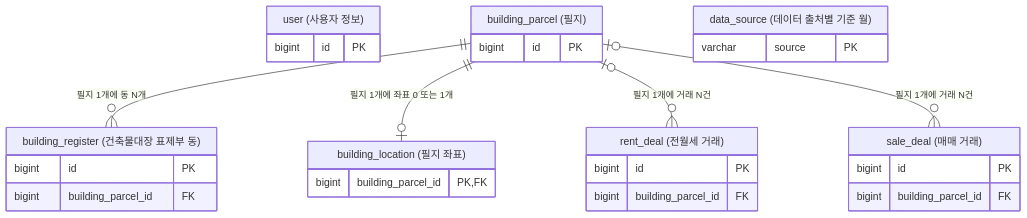
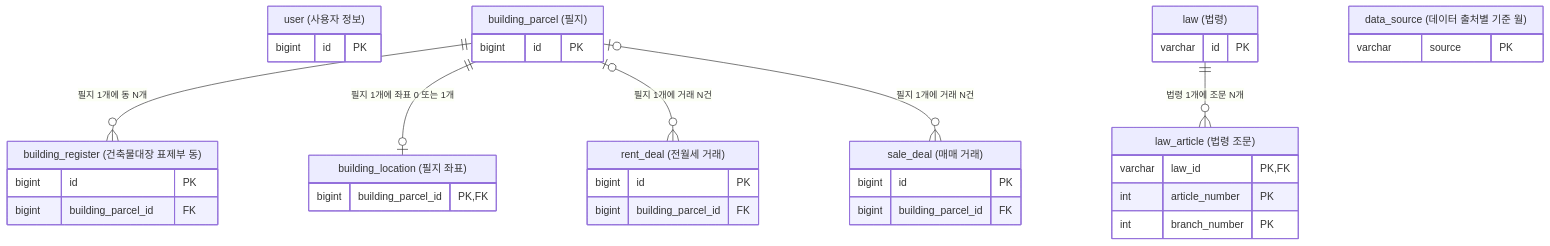
Before and after one commit to f-lab-edu/jipsee: the first of 10 diagrams in docs/erd.md, drawn with Mermaid. The commit also changed other lines of this file, not shown here.

````diff
--- a/docs/erd.md
+++ b/docs/erd.md
@@ -5,31 +5,40 @@
 ```mermaid
 erDiagram
     user["user (사용자 정보)"] {
         bigint id PK
     }
     building_parcel ||--o{ building_register : "필지 1개에 동 N개"
     building_parcel["building_parcel (필지)"] {
         bigint id PK
     }
     building_register["building_register (건축물대장 표제부 동)"] {
         bigint id PK
         bigint building_parcel_id FK
     }
     building_parcel ||--o| building_location : "필지 1개에 좌표 0 또는 1개"
     building_location["building_location (필지 좌표)"] {
         bigint building_parcel_id PK, FK
     }
     building_parcel |o--o{ rent_deal : "필지 1개에 거래 N건"
     rent_deal["rent_deal (전월세 거래)"] {
         bigint id PK
         bigint building_parcel_id FK
     }
     building_parcel |o--o{ sale_deal : "필지 1개에 거래 N건"
     sale_deal["sale_deal (매매 거래)"] {
         bigint id PK
         bigint building_parcel_id FK
     }
+    law ||--o{ law_article : "법령 1개에 조문 N개"
+    law["law (법령)"] {
+        varchar id PK
+    }
+    law_article["law_article (법령 조문)"] {
+        varchar law_id PK, FK
+        int article_number PK
+        int branch_number PK
+    }
     data_source["data_source (데이터 출처별 기준 월)"] {
         varchar source PK
     }
 ```
````
